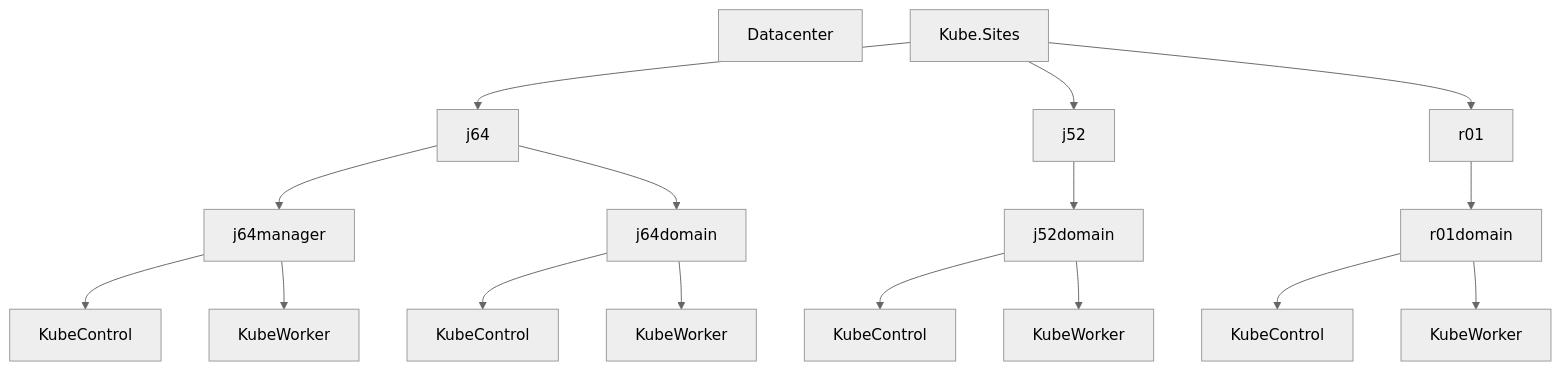
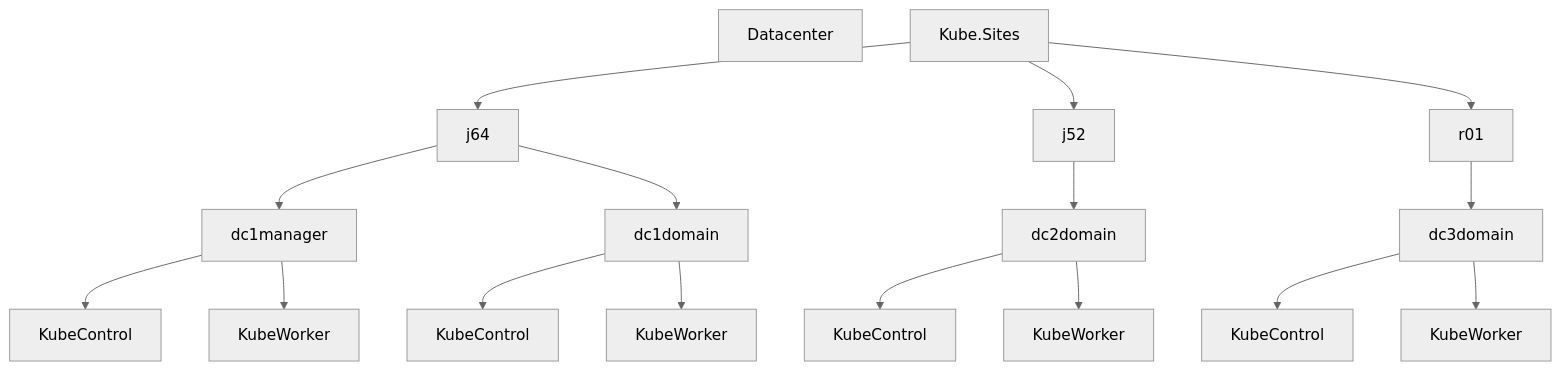
The diagram in vm/RKE2-vSphere-Resource-Pools.md (cantrellr/rke2-node-init), drawn with Mermaid (neutral theme) before and after one commit. The commit also changed other lines of this file and 9 other files, not shown here.

````diff
--- a/vm/RKE2-vSphere-Resource-Pools.md
+++ b/vm/RKE2-vSphere-Resource-Pools.md
@@ -161,23 +161,23 @@
 ```mermaid
 graph TD
     A[Datacenter]
     B[Kube.Sites]
     C[j64]
     D[j52]
     E[r01]
     B --> C
     B --> D
     B --> E
-    C --> F[j64manager]
-    C --> G[j64domain]
-    D --> H[j52domain]
-    E --> I[r01domain]
+    C --> F[dc1manager]
+    C --> G[dc1domain]
+    D --> H[dc2domain]
+    E --> I[dc3domain]
     F --> J[KubeControl]
     F --> K[KubeWorker]
     G --> L[KubeControl]
     G --> M[KubeWorker]
     H --> N[KubeControl]
     H --> O[KubeWorker]
     I --> P[KubeControl]
     I --> Q[KubeWorker]
 ```
````
